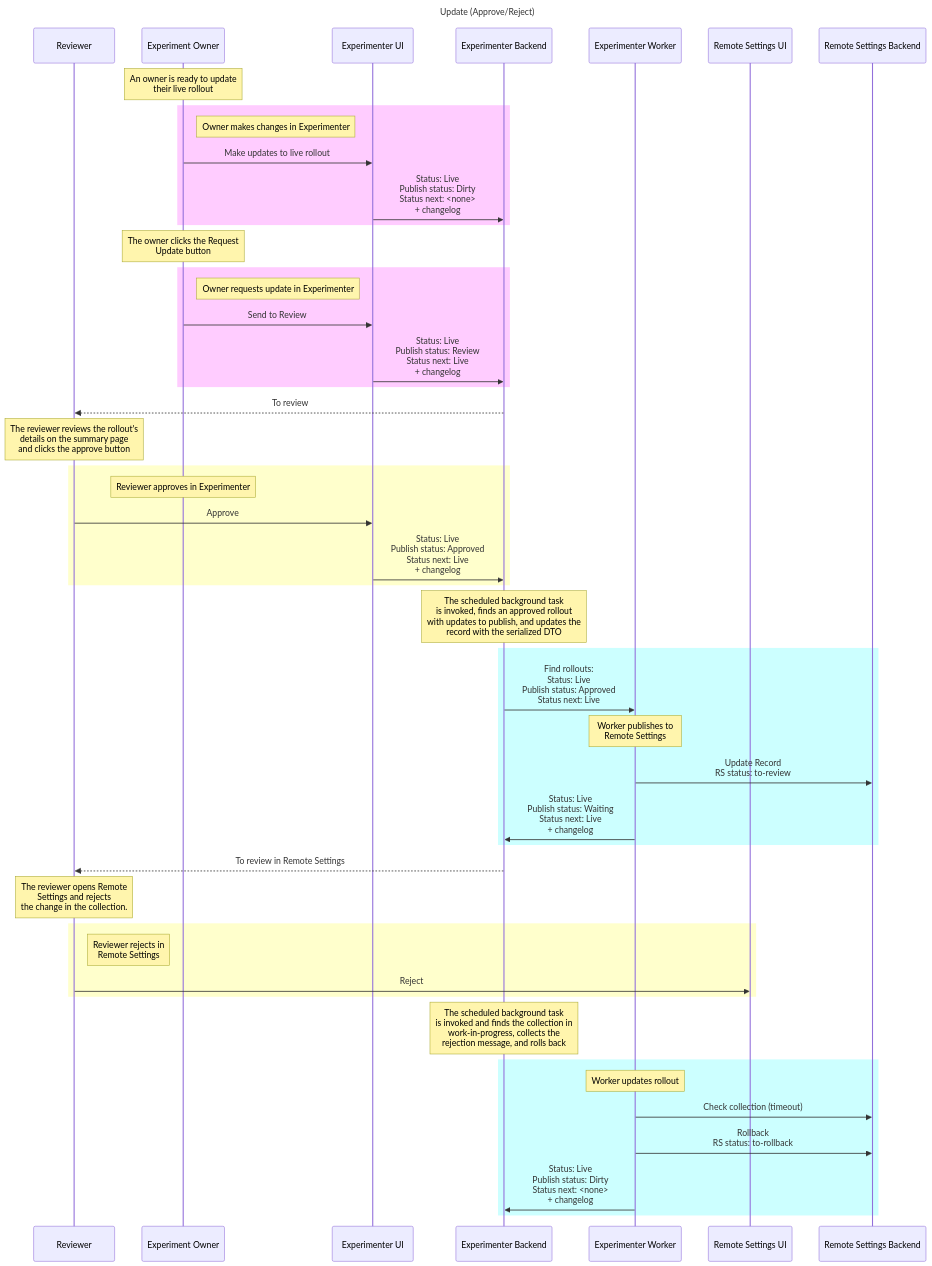
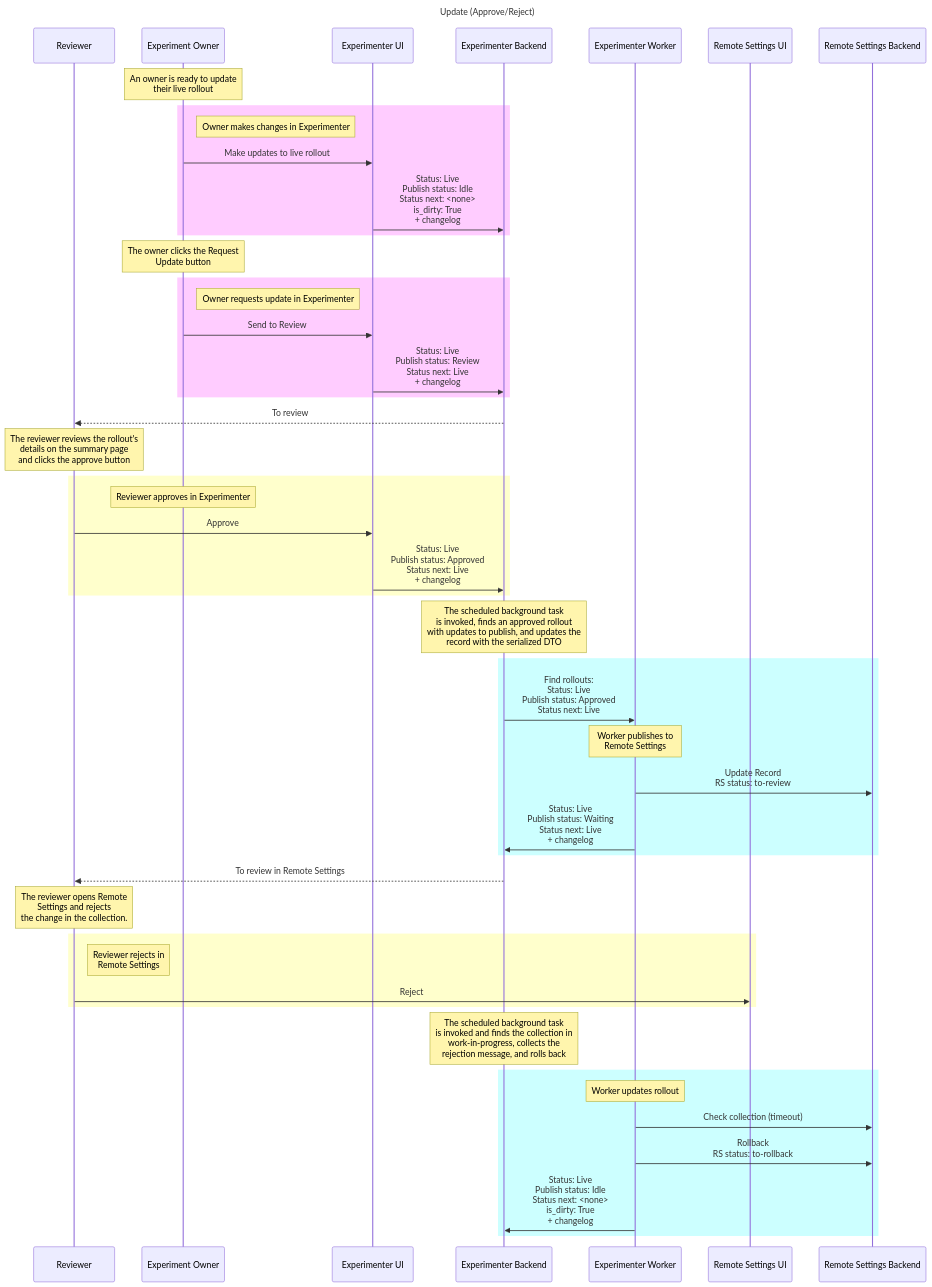
Before and after one commit to mozilla/experimenter: the tenth of 22 diagrams in docs/experimenter/README.md, drawn with Mermaid. The commit also changed other lines of this file, not shown here.

Commit message:
For #8559 docs(nimbus): Update sequence diagrams to use is_dirty flag instead of dirty publish status

````diff
--- a/docs/experimenter/README.md
+++ b/docs/experimenter/README.md
@@ -569,65 +568,65 @@
 ```mermaid
   sequenceDiagram
     participant Reviewer
     participant Experiment Owner
     participant Experimenter UI
     participant Experimenter Backend
     participant Experimenter Worker
     participant Remote Settings UI
     participant Remote Settings Backend
     title Update (Approve/Reject)
     
     Note over Experiment Owner: An owner is ready to update <br/> their live rollout
     
     rect rgb(255,204,255) 
         Note right of Experiment Owner: Owner makes changes in Experimenter
         Experiment Owner->>Experimenter UI: Make updates to live rollout
-        Experimenter UI->>Experimenter Backend: Status: Live <br/> Publish status: Dirty <br/> Status next: <none> <br/> + changelog
+        Experimenter UI->>Experimenter Backend: Status: Live <br/> Publish status: Idle <br/> Status next: <none> <br/> is_dirty: True <br/> + changelog
     end 
 
     Note over Experiment Owner: The owner clicks the Request <br/> Update button
     
     rect rgb(255,204,255) 
         Note right of Experiment Owner: Owner requests update in Experimenter
         Experiment Owner->>Experimenter UI: Send to Review
         Experimenter UI->>Experimenter Backend: Status: Live <br/> Publish status: Review <br/> Status next: Live <br/> + changelog
     end 
     
     Experimenter Backend-->>Reviewer: To review
     Note over Reviewer: The reviewer reviews the rollout's <br/> details on the summary page <br/> and clicks the approve button
     
 
     rect rgb(255,255,204) 
         Note over Experiment Owner: Reviewer approves in Experimenter
         Reviewer->>Experimenter UI: Approve
         Experimenter UI->>Experimenter Backend: Status: Live <br/> Publish status: Approved <br/> Status next: Live <br/> + changelog
     end 
  
     Note over Experimenter Backend: The scheduled background task <br/> is invoked, finds an approved rollout <br/> with updates to publish, and updates the <br/> record with the serialized DTO
     
     rect rgb(204,255,255) 
         Experimenter Backend->>Experimenter Worker: Find rollouts: <br/> Status: Live <br/> Publish status: Approved <br/> Status next: Live
         Note over Experimenter Worker: Worker publishes to <br/>Remote Settings
         Experimenter Worker->>Remote Settings Backend: Update Record <br/> RS status: to-review
         Experimenter Worker->>Experimenter Backend: Status: Live <br/> Publish status: Waiting <br/> Status next: Live <br/> + changelog
     end 
 
     Experimenter Backend-->>Reviewer: To review in Remote Settings
     
     Note over Reviewer: The reviewer opens Remote <br/> Settings and rejects <br/> the change in the collection.
 
     rect rgb(255,255,204) 
         Note right of Reviewer: Reviewer rejects in <br/>Remote Settings
         Reviewer->>Remote Settings UI: Reject
     end 
 
     Note over Experimenter Backend: The scheduled background task <br/> is invoked and finds the collection in <br/> work-in-progress, collects the <br/> rejection message, and rolls back
 
 
     rect rgb(204,255,255) 
         Note over Experimenter Worker: Worker updates rollout
         Experimenter Worker->>Remote Settings Backend: Check collection (timeout)
         Experimenter Worker->>Remote Settings Backend: Rollback <br/> RS status: to-rollback
-        Experimenter Worker->>Experimenter Backend:  Status: Live <br/> Publish status: Dirty <br/> Status next: <none> <br/> + changelog
+        Experimenter Worker->>Experimenter Backend:  Status: Live <br/> Publish status: Idle <br/> Status next: <none> <br/> is_dirty: True <br/> + changelog
     end 
 ```
````
